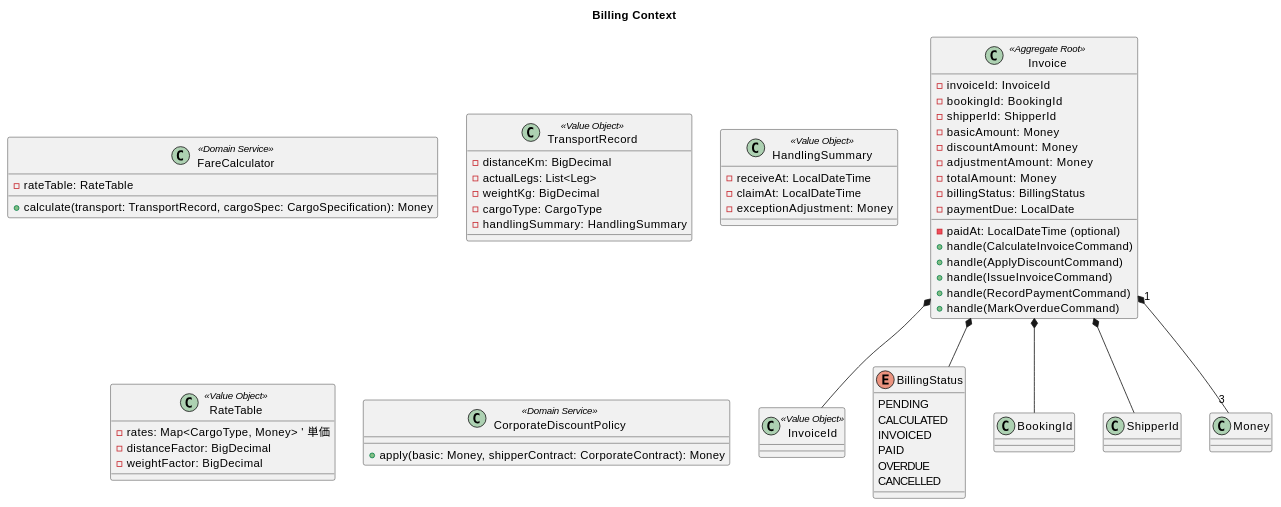
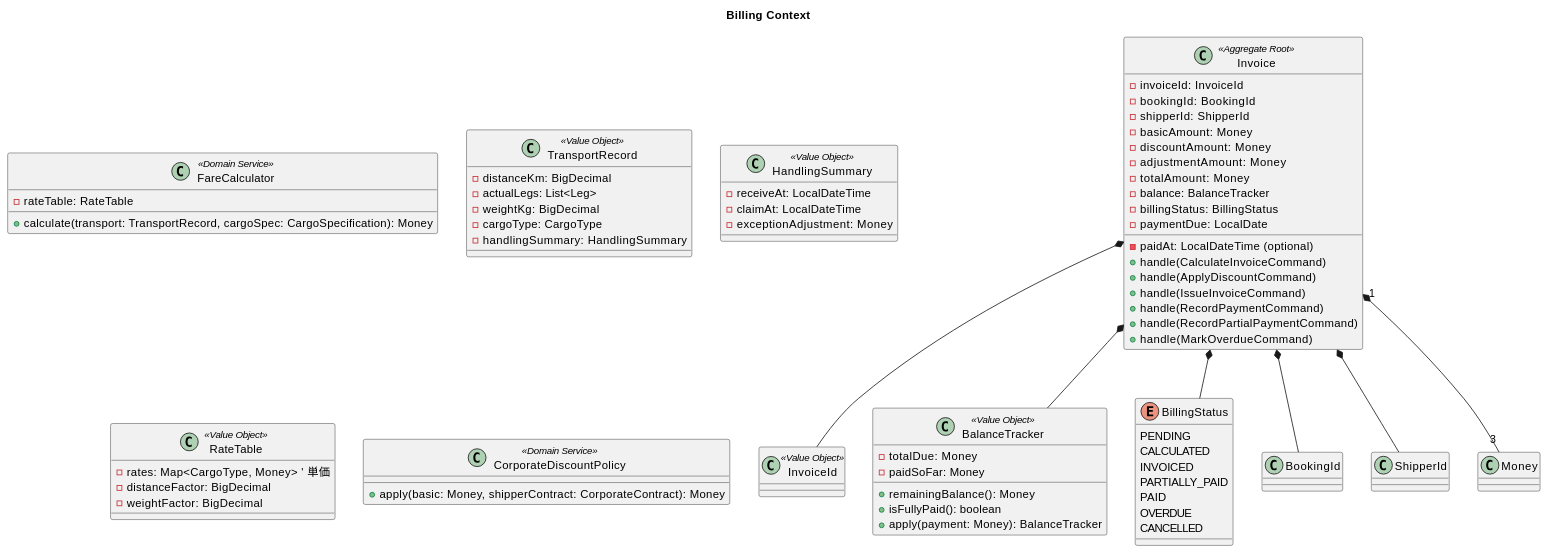
The ninth of 12 diagrams in docs/design/domain-model.md (k2works/case-study-cargo-tracker), drawn with PlantUML before and after one commit. The commit also changed other lines of this file and 2 other files, not shown here.

````diff
--- a/docs/design/domain-model.md
+++ b/docs/design/domain-model.md
@@ -898,70 +912,82 @@
 ```plantuml
 @startuml
 title Billing Context
 
 class Invoice <<Aggregate Root>> {
   - invoiceId: InvoiceId
   - bookingId: BookingId
   - shipperId: ShipperId
   - basicAmount: Money
   - discountAmount: Money
   - adjustmentAmount: Money
   - totalAmount: Money
+  - balance: BalanceTracker
   - billingStatus: BillingStatus
   - paymentDue: LocalDate
   - paidAt: LocalDateTime (optional)
   + handle(CalculateInvoiceCommand)
   + handle(ApplyDiscountCommand)
   + handle(IssueInvoiceCommand)
   + handle(RecordPaymentCommand)
+  + handle(RecordPartialPaymentCommand)
   + handle(MarkOverdueCommand)
 }
 
 class InvoiceId <<Value Object>>
 
+class BalanceTracker <<Value Object>> {
+  - totalDue: Money
+  - paidSoFar: Money
+  + remainingBalance(): Money
+  + isFullyPaid(): boolean
+  + apply(payment: Money): BalanceTracker
+}
+
 enum BillingStatus {
   PENDING
   CALCULATED
   INVOICED
+  PARTIALLY_PAID
   PAID
   OVERDUE
   CANCELLED
 }
 
 class FareCalculator <<Domain Service>> {
   - rateTable: RateTable
   + calculate(transport: TransportRecord, cargoSpec: CargoSpecification): Money
 }
 
 class TransportRecord <<Value Object>> {
   - distanceKm: BigDecimal
   - actualLegs: List<Leg>
   - weightKg: BigDecimal
   - cargoType: CargoType
   - handlingSummary: HandlingSummary
 }
 
 class HandlingSummary <<Value Object>> {
   - receiveAt: LocalDateTime
   - claimAt: LocalDateTime
   - exceptionAdjustment: Money
 }
 
 class RateTable <<Value Object>> {
   - rates: Map<CargoType, Money>  ' 単価
   - distanceFactor: BigDecimal
   - weightFactor: BigDecimal
 }
 
 class CorporateDiscountPolicy <<Domain Service>> {
   + apply(basic: Money, shipperContract: CorporateContract): Money
 }
 
 Invoice *-- InvoiceId
 Invoice *-- BookingId
 Invoice *-- ShipperId
 Invoice *-- BillingStatus
+Invoice *-- BalanceTracker
 Invoice "1" *-- "3" Money
 
 @enduml
 ```
````
